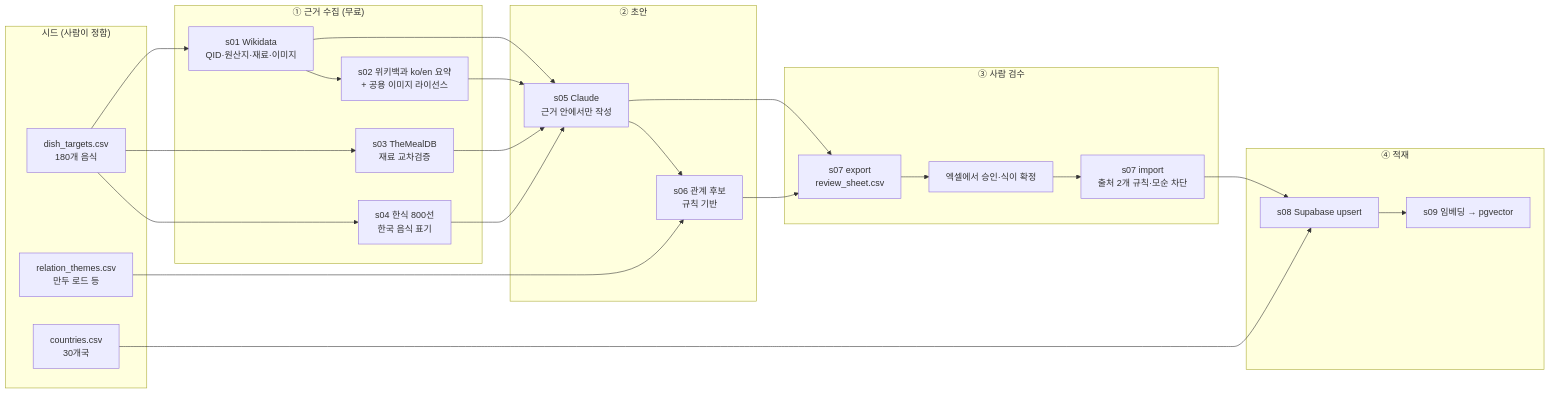
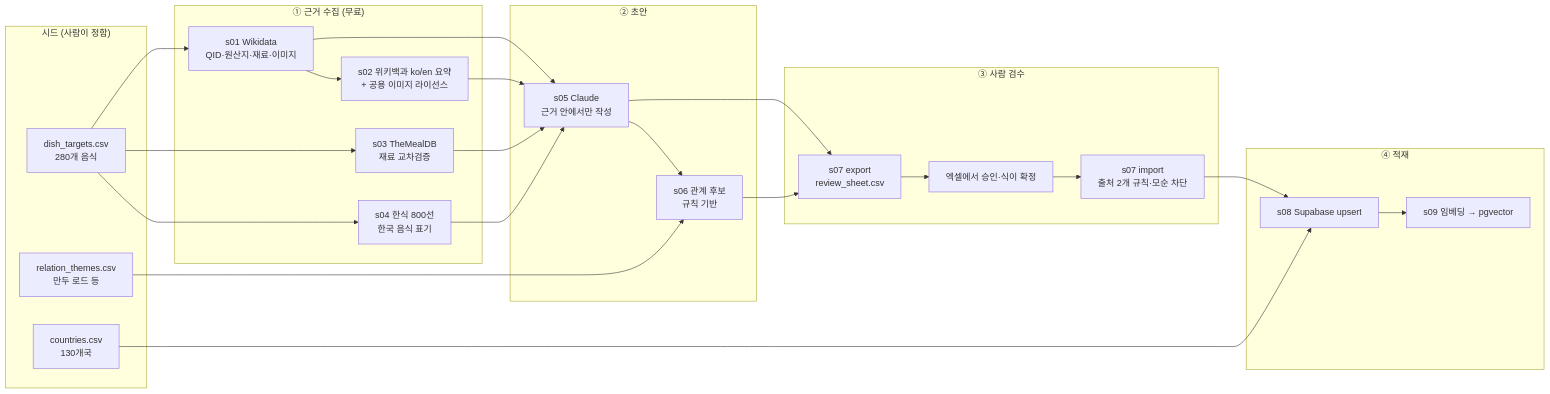
Before and after one commit to Heptagon372/Foodis: the diagram in docs/planning/10_데이터_수집_파이프라인_DB_구축_키트.md, drawn with Mermaid. The commit also changed other lines of this file and 23 other files, not shown here.

````diff
--- a/docs/planning/10_데이터_수집_파이프라인_DB_구축_키트.md
+++ b/docs/planning/10_데이터_수집_파이프라인_DB_구축_키트.md
@@ -9,33 +9,33 @@
 ```mermaid
 flowchart LR
     subgraph SEED["시드 (사람이 정함)"]
-        S1["countries.csv<br>30개국"]
-        S2["dish_targets.csv<br>180개 음식"]
+        S1["countries.csv<br>130개국"]
+        S2["dish_targets.csv<br>280개 음식"]
         S3["relation_themes.csv<br>만두 로드 등"]
     end
     subgraph COLLECT["① 근거 수집 (무료)"]
         C1["s01 Wikidata<br>QID·원산지·재료·이미지"]
         C2["s02 위키백과 ko/en 요약<br>+ 공용 이미지 라이선스"]
         C3["s03 TheMealDB<br>재료 교차검증"]
         C4["s04 한식 800선<br>한국 음식 표기"]
     end
     subgraph DRAFT["② 초안"]
         D1["s05 Claude<br>근거 안에서만 작성"]
         D2["s06 관계 후보<br>규칙 기반"]
     end
     subgraph REVIEW["③ 사람 검수"]
         R1["s07 export<br>review_sheet.csv"]
         R2["엑셀에서 승인·식이 확정"]
         R3["s07 import<br>출처 2개 규칙·모순 차단"]
     end
     subgraph LOAD["④ 적재"]
         L1["s08 Supabase upsert"]
         L2["s09 임베딩 → pgvector"]
     end
     S2 --> C1 --> C2
     S2 --> C3 & C4
     C1 & C2 & C3 & C4 --> D1 --> D2
     S3 --> D2
     D1 & D2 --> R1 --> R2 --> R3 --> L1 --> L2
     S1 --> L1
 ```
````
